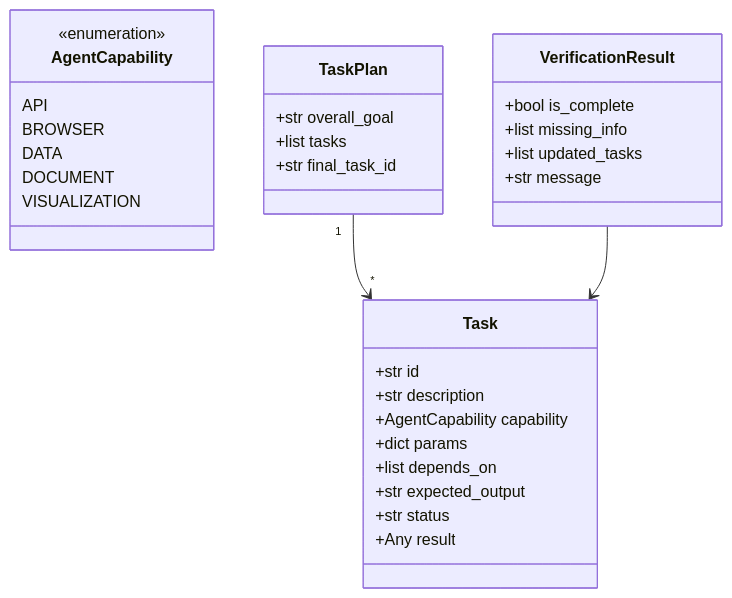
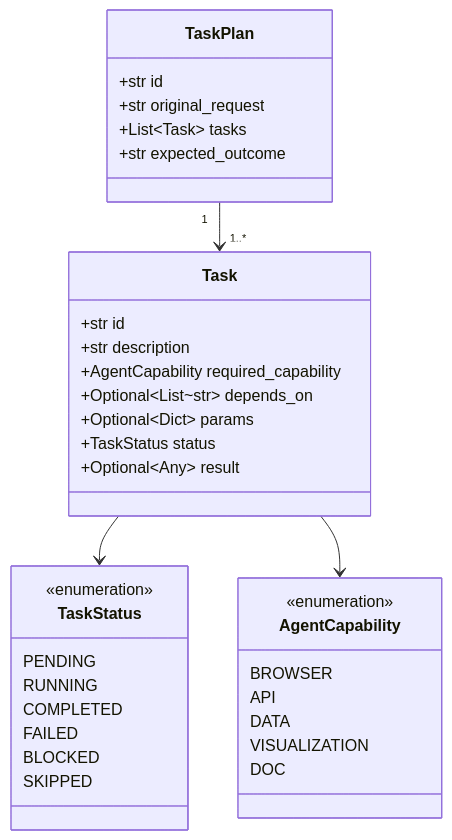
Before and after one commit to VincentGum/deep_eval_demo: the tenth of 15 diagrams in report/DeepEval.1.0.md, drawn with Mermaid. The commit also changed other lines of this file and 3 other files, not shown here.

````diff
--- a/report/DeepEval.1.0.md
+++ b/report/DeepEval.1.0.md
@@ -615,38 +394,42 @@
 ```mermaid
 classDiagram
-    class AgentCapability {
-        <<enumeration>>
-        API
-        BROWSER
-        DATA
-        DOCUMENT
-        VISUALIZATION
+    class TaskPlan {
+        +str id
+        +str original_request
+        +List~Task~ tasks
+        +str expected_outcome
     }
-    
+
     class Task {
         +str id
         +str description
-        +AgentCapability capability
-        +dict params
-        +list depends_on
-        +str expected_output
-        +str status
-        +Any result
+        +AgentCapability required_capability
+        +Optional~List~str~ depends_on
+        +Optional~Dict~ params
+        +TaskStatus status
+        +Optional~Any~ result
     }
-    
-    class TaskPlan {
-        +str overall_goal
-        +list tasks
-        +str final_task_id
+
+    class TaskStatus {
+        <<enumeration>>
+        PENDING
+        RUNNING
+        COMPLETED
+        FAILED
+        BLOCKED
+        SKIPPED
     }
-    
-    class VerificationResult {
-        +bool is_complete
-        +list missing_info
-        +list updated_tasks
-        +str message
+
+    class AgentCapability {
+        <<enumeration>>
+        BROWSER
+        API
+        DATA
+        VISUALIZATION
+        DOC
     }
-    
-    TaskPlan "1" --> "*" Task
-    VerificationResult --> Task
+
+    TaskPlan "1" --> "1..*" Task
+    Task --> TaskStatus
+    Task --> AgentCapability
 ```
````
